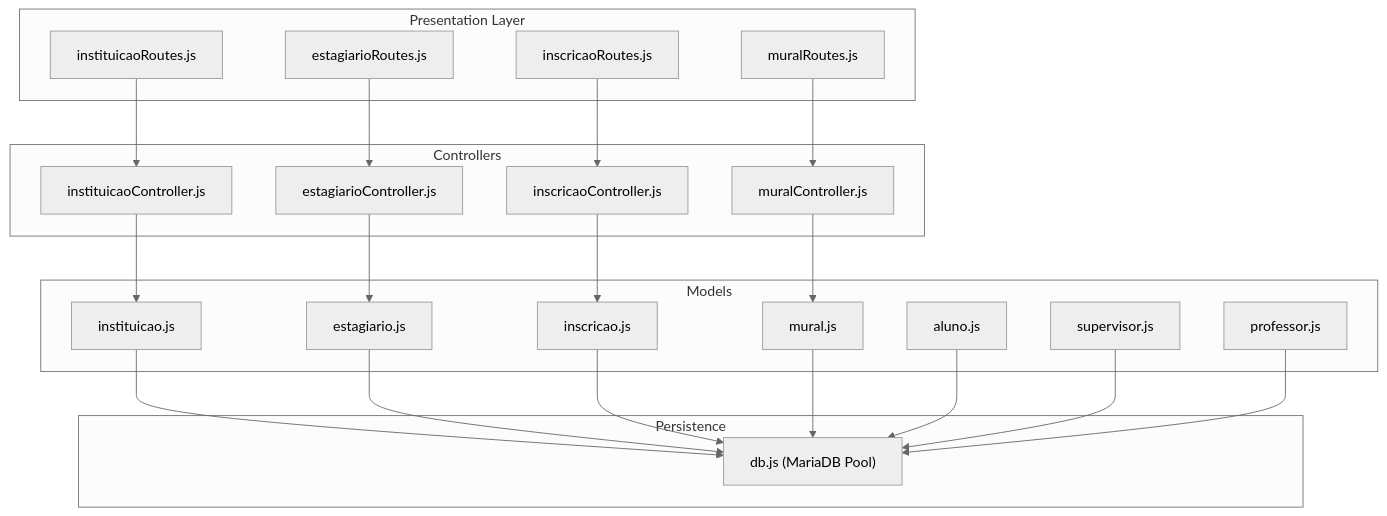
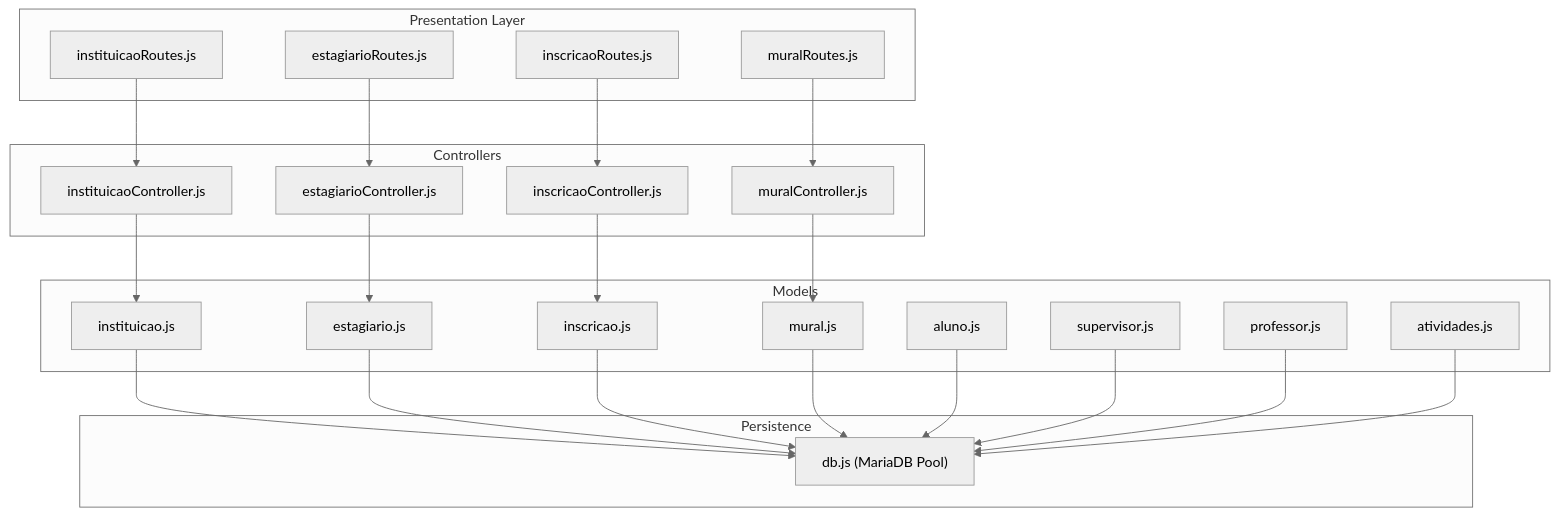
Before and after one commit to luiseduacosta/nodemural: the first of 4 diagrams in .qoder/repowiki/en/content/Data Models & Database Design/Student & Internship Models.md, drawn with Mermaid (neutral theme). The commit also changed other lines of this file and 27 other files, not shown here.

````diff
--- a/.qoder/repowiki/en/content/Data Models & Database Design/Student & Internship Models.md
+++ b/.qoder/repowiki/en/content/Data Models & Database Design/Student & Internship Models.md
@@ -50,38 +62,40 @@
 ```mermaid
 graph TB
 subgraph "Presentation Layer"
 R1["instituicaoRoutes.js"]
 R2["estagiarioRoutes.js"]
 R3["inscricaoRoutes.js"]
 R4["muralRoutes.js"]
 end
 subgraph "Controllers"
 C1["instituicaoController.js"]
 C2["estagiarioController.js"]
 C3["inscricaoController.js"]
 C4["muralController.js"]
 end
 subgraph "Models"
 M1["instituicao.js"]
 M2["estagiario.js"]
 M3["inscricao.js"]
 M4["mural.js"]
 MA["aluno.js"]
 MS["supervisor.js"]
-MD["professor.js"]
+MP["professor.js"]
+MAT["atividades.js"]
 end
 subgraph "Persistence"
 DB["db.js (MariaDB Pool)"]
 end
 R1 --> C1 --> M1
 R2 --> C2 --> M2
 R3 --> C3 --> M3
 R4 --> C4 --> M4
 M1 --> DB
 M2 --> DB
 M3 --> DB
 M4 --> DB
 MA --> DB
 MS --> DB
-MD --> DB
+MP --> DB
+MAT --> DB
 ```
````
